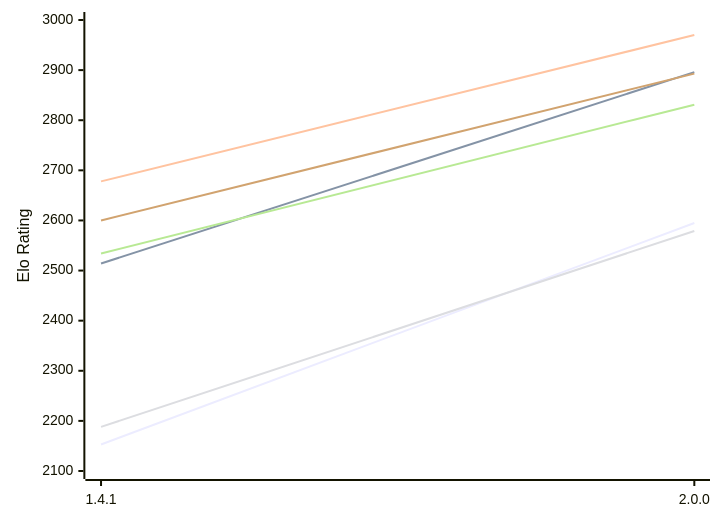
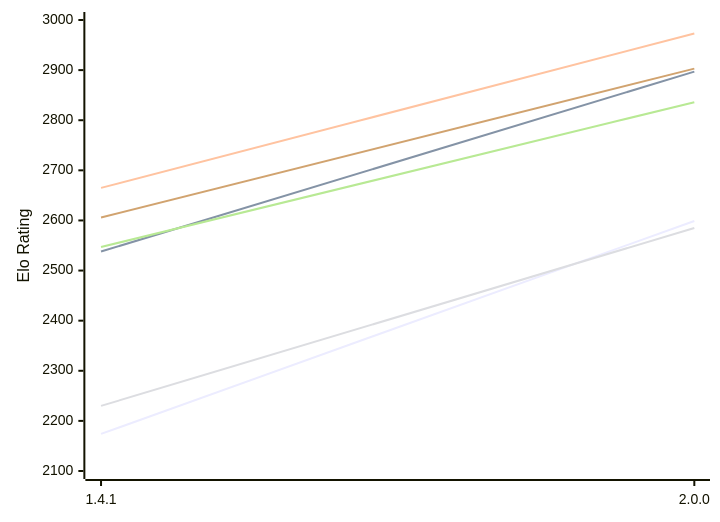
One commit to computer-chess-index/cci changed the first of 2 diagrams in engines/Chal.md. Above: the diagram before and after it, drawn with Mermaid. The commit also changed other lines of this file, not shown here.

Commit message:
Update CCI Ratings (ELO VLTC) - 2026-11-17

````diff
--- a/engines/Chal.md
+++ b/engines/Chal.md
@@ -55,12 +55,12 @@
 ```mermaid
 %%{init: {"theme":"base","themeVariables":{"seriesColors:['#a3a3a3','#222221','#faa371']}}}%%
 xychart-beta
   x-axis ["1.4.1", "2.0.0"]
   y-axis "Elo Rating" 2100 --> 3000
-  line "E1: STC (8.0+0.08s)" [2153, 2595]
-  line "E1: LTC (60.0+0.60s)" [2514, 2896]
-  line "E1: VLTC (2m24s+1.12s)" [2678, 2970]
-  line "P1: STC (8.0+0.08s)" [2188, 2579]
-  line "P1: LTC (60.0+0.60s)" [2534, 2831]
-  line "P1: VLTC (2m24s+1.12s)" [2600, 2893]
+  line "E1: STC (8.0+0.08s)" [2174, 2599]
+  line "E1: LTC (60.0+0.60s)" [2538, 2897]
+  line "E1: VLTC (2m24s+1.12s)" [2665, 2973]
+  line "P1: STC (8.0+0.08s)" [2230, 2585]
+  line "P1: LTC (60.0+0.60s)" [2547, 2836]
+  line "P1: VLTC (2m24s+1.12s)" [2606, 2903]
 ```
````
